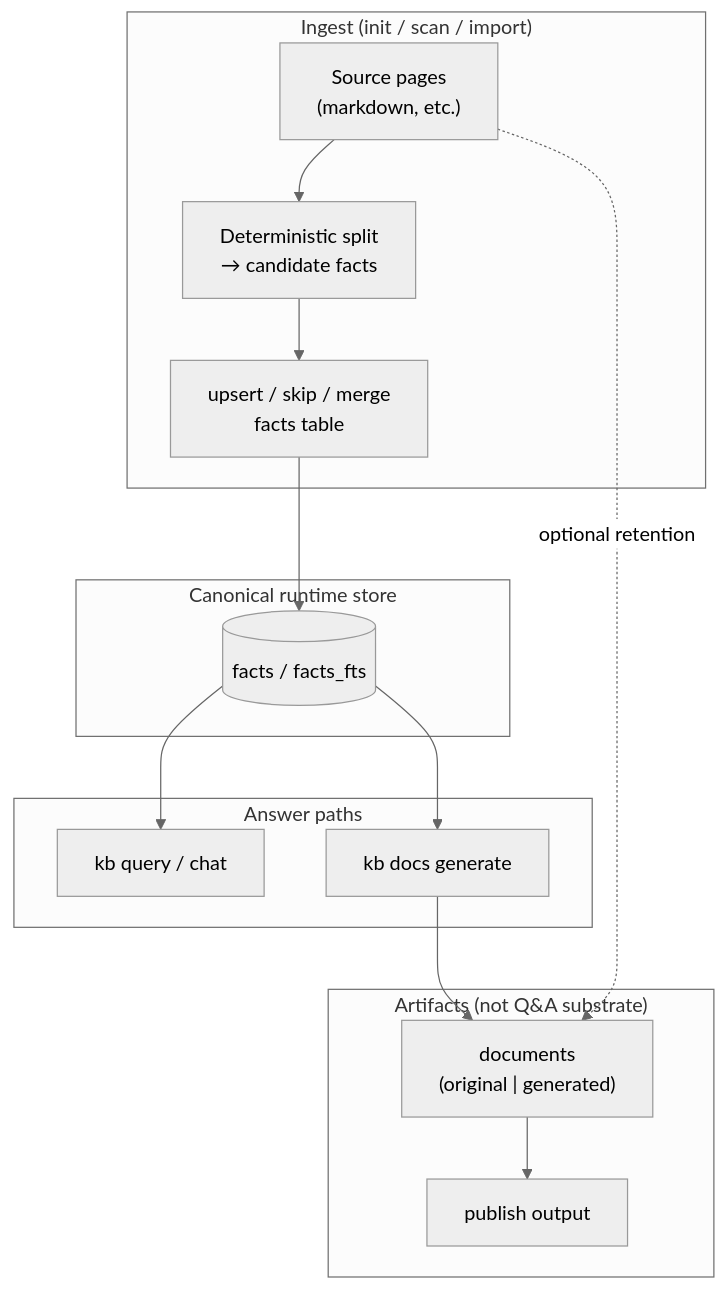
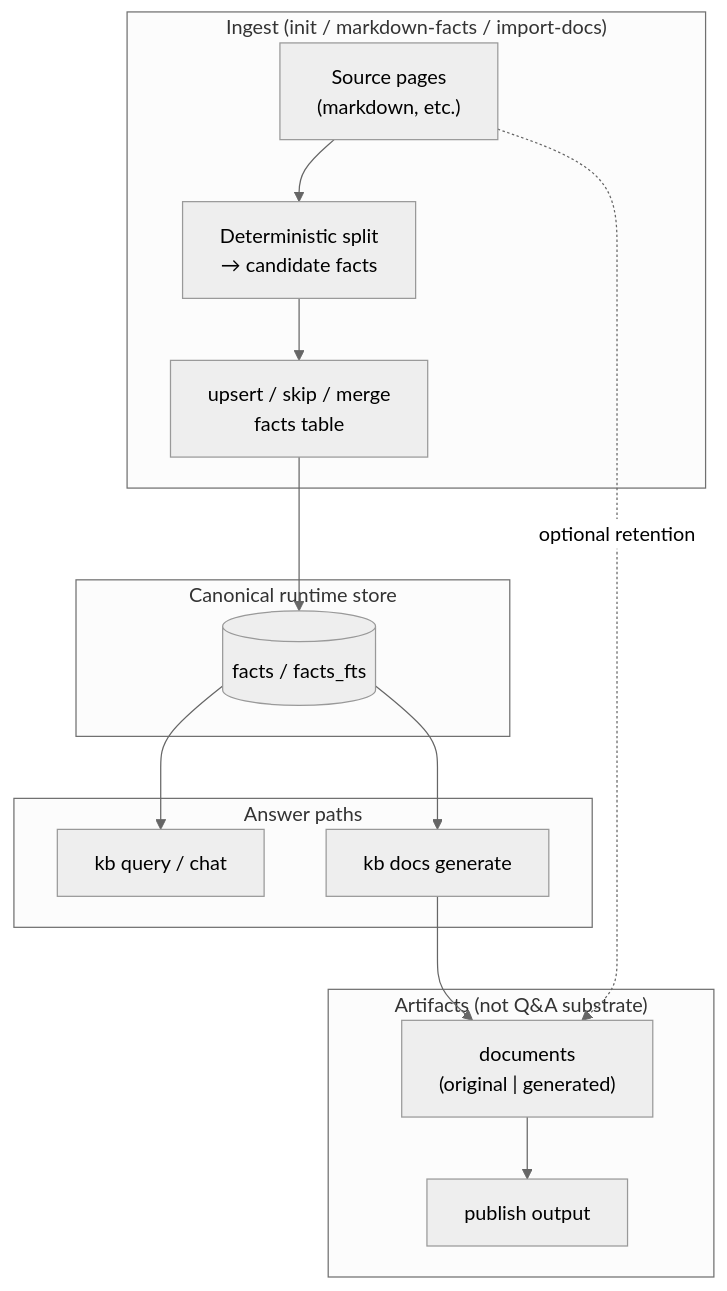
The diagram in src/core/facts-architecture.md (rosenjcb/kb), drawn with Mermaid (neutral theme) before and after one commit. The commit also changed other lines of this file and 40 other files, not shown here.

````diff
--- a/src/core/facts-architecture.md
+++ b/src/core/facts-architecture.md
@@ -47,30 +47,30 @@
 ```mermaid
 flowchart TB
-  subgraph ingest["Ingest (init / scan / import)"]
+  subgraph ingest["Ingest (init / markdown-facts / import-docs)"]
     SRC["Source pages\n(markdown, etc.)"]
     SEG["Deterministic split\n→ candidate facts"]
     UPS["upsert / skip / merge\nfacts table"]
     SRC --> SEG --> UPS
   end
 
   subgraph store["Canonical runtime store"]
     F[("facts / facts_fts")]
   end
 
   subgraph answer["Answer paths"]
     Q["kb query / chat"]
     DG["kb docs generate"]
   end
 
   subgraph artifacts["Artifacts (not Q&A substrate)"]
     DOCS["documents\n(original | generated)"]
     PUB["publish output"]
   end
 
   UPS --> F
   F --> Q
   F --> DG
   DG --> DOCS
   SRC -.->|"optional retention"| DOCS
   DOCS --> PUB
 ```
````
